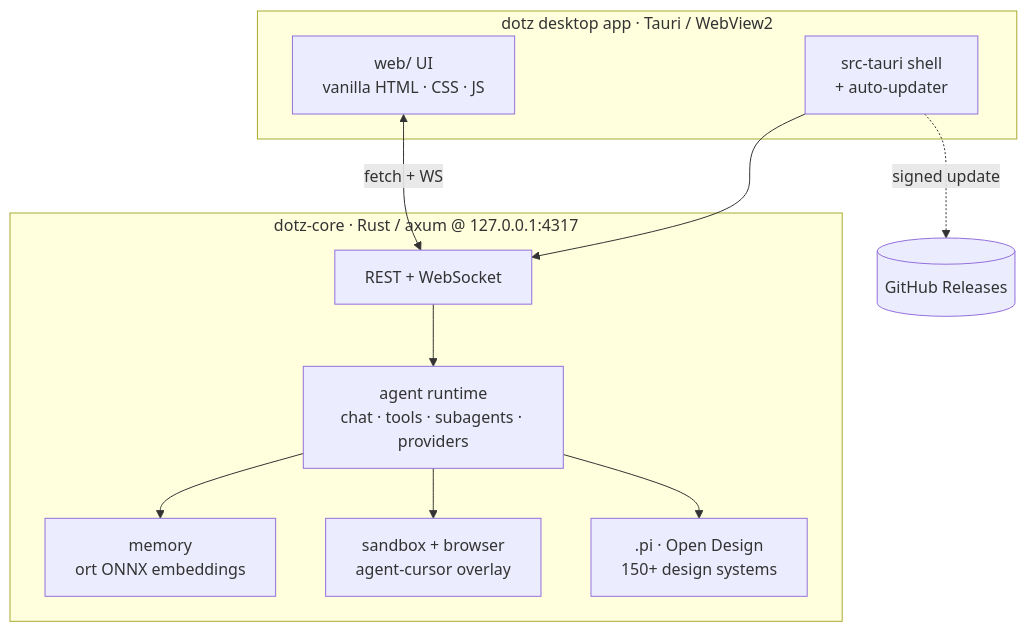
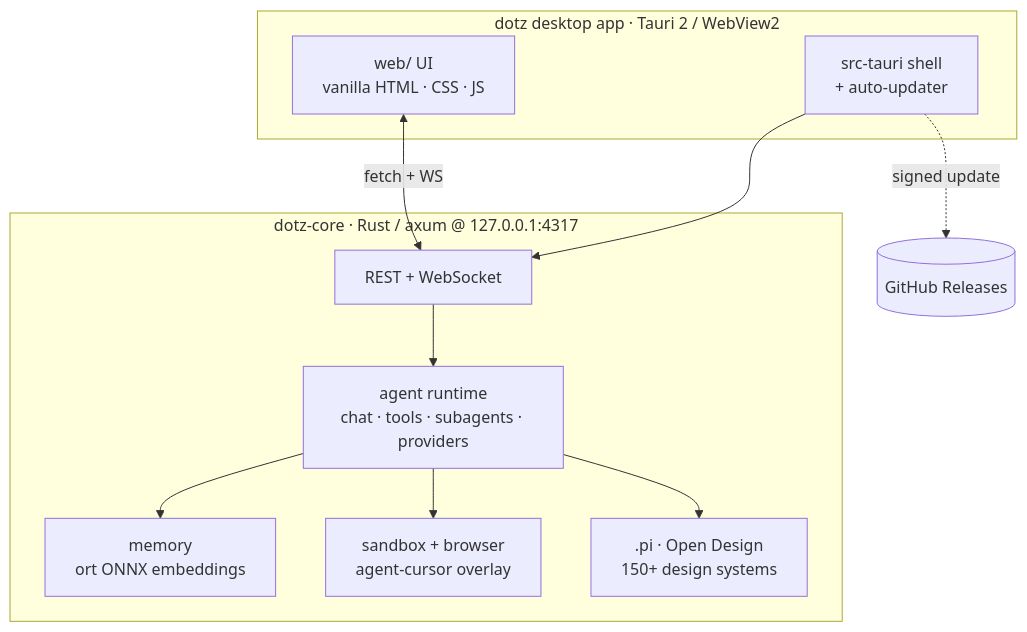
One commit to cayleb-james2008/dotz changed the third of 3 diagrams in README.md. Above: the diagram before and after it, drawn with Mermaid. The commit also changed other lines of this file and 14 other files, not shown here.

````diff
--- a/README.md
+++ b/README.md
@@ -110,22 +133,22 @@
 ```mermaid
 flowchart TD
-    subgraph App["dotz desktop app · Tauri / WebView2"]
+    subgraph App["dotz desktop app · Tauri 2 / WebView2"]
         UI["web/ UI<br/>vanilla HTML · CSS · JS"]
         Shell["src-tauri shell<br/>+ auto-updater"]
     end
     subgraph Core["dotz-core · Rust / axum @ 127.0.0.1:4317"]
         API["REST + WebSocket"]
         Agent["agent runtime<br/>chat · tools · subagents · providers"]
         Mem["memory<br/>ort ONNX embeddings"]
         Sand["sandbox + browser<br/>agent-cursor overlay"]
         Dsgn[".pi · Open Design<br/>150+ design systems"]
     end
     GH[(GitHub Releases)]
     UI <-->|fetch + WS| API
     Shell --> API
     API --> Agent
     Agent --> Mem
     Agent --> Sand
     Agent --> Dsgn
     Shell -.->|signed update| GH
 ```
````
